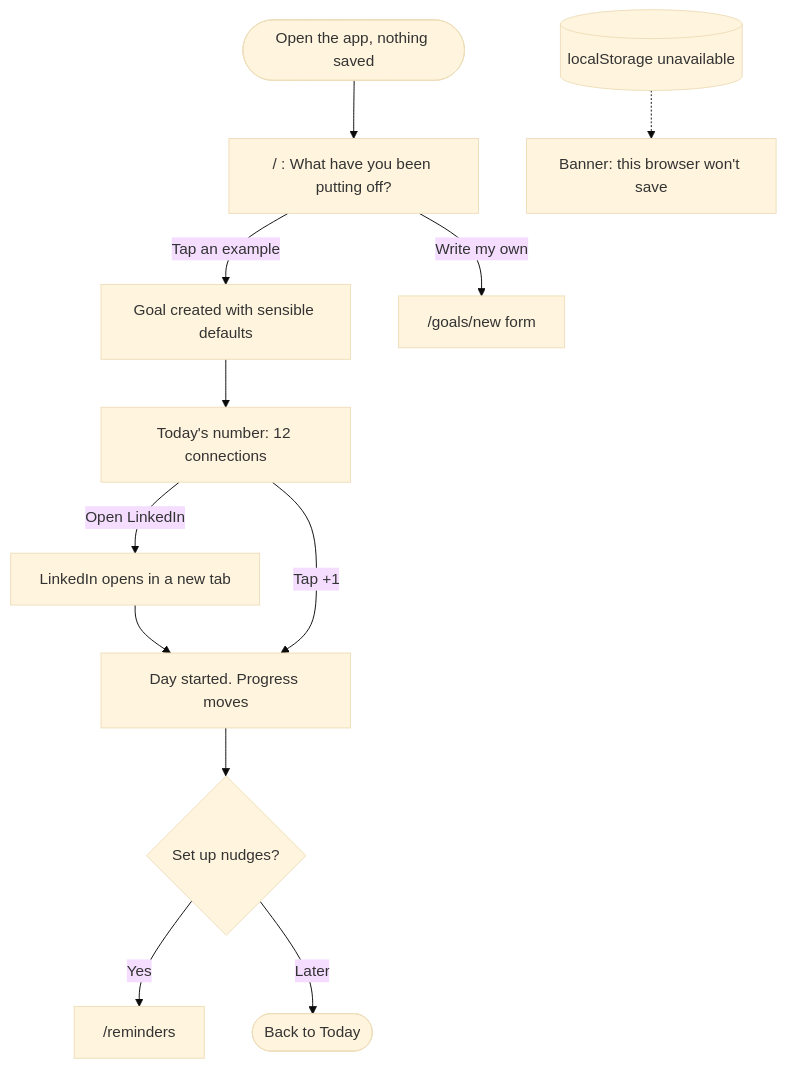
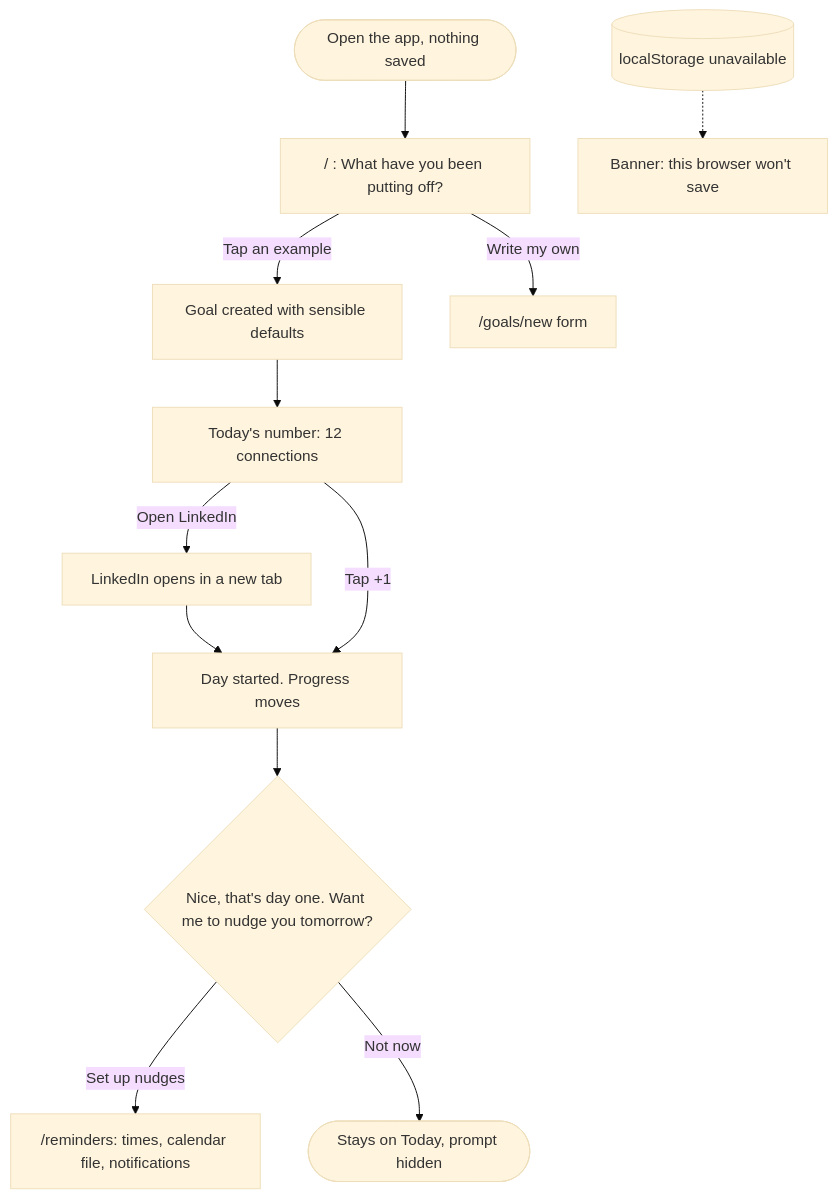
Before and after one commit to jessieyiqichen/dbs-a3: the first of 4 diagrams in flows.md, drawn with Mermaid (base theme). The commit also changed other lines of this file and 18 other files, not shown here.

Commit message:
feat: nudge prompt after day one, reminders page and welcome back

````diff
--- a/flows.md
+++ b/flows.md
@@ -9,14 +9,14 @@
 ```mermaid
 flowchart TD
     A([Open the app, nothing saved]) --> B["/ : What have you been putting off?"]
     B -->|Tap an example| C[Goal created with sensible defaults]
     B -->|Write my own| F["/goals/new form"]
     C --> D["Today's number: 12 connections"]
     D -->|Open LinkedIn| L[LinkedIn opens in a new tab]
     L --> E
     D -->|Tap +1| E[Day started. Progress moves]
-    E --> R{Set up nudges?}
-    R -->|Yes| N["/reminders"]
-    R -->|Later| T([Back to Today])
+    E --> R{"Nice, that's day one. Want me to nudge you tomorrow?"}
+    R -->|Set up nudges| N["/reminders: times, calendar file, notifications"]
+    R -->|Not now| T([Stays on Today, prompt hidden])
     S[(localStorage unavailable)] -.-> W[Banner: this browser won't save]
 ```
````
